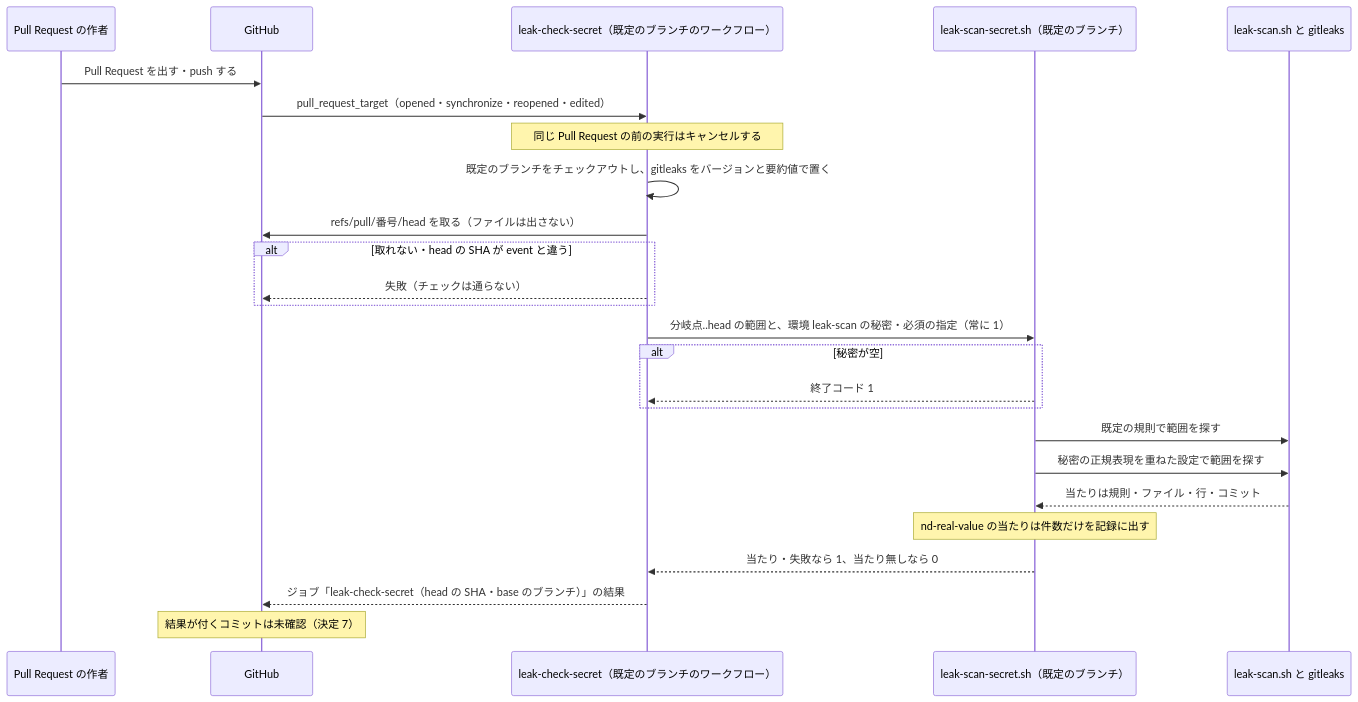
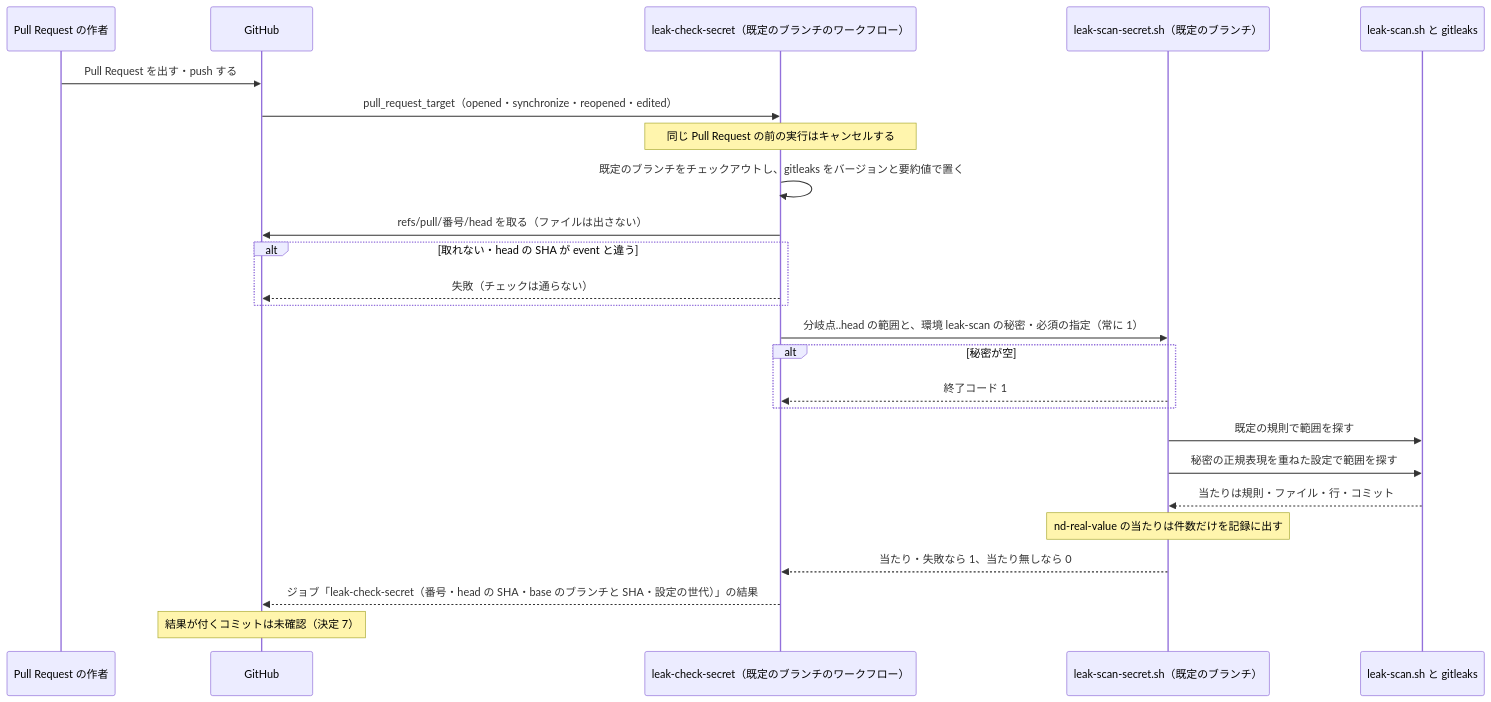
One commit to devbasex/nd-factory changed the fourth of 4 diagrams in issues/issue-96-101-design.md. Above: the diagram before and after it, drawn with Mermaid. The commit also changed other lines of this file, not shown here.

First line of the commit message:
設計: 結果を番号・head・探した分岐点・設定の世代に結び付け、マージの前後でマージ先を確かめる（#96 #101）

````diff
--- a/issues/issue-96-101-design.md
+++ b/issues/issue-96-101-design.md
@@ -135,27 +135,27 @@
 ```mermaid
 sequenceDiagram
     participant A as Pull Request の作者
     participant G as GitHub
     participant J as leak-check-secret（既定のブランチのワークフロー）
     participant S as leak-scan-secret.sh（既定のブランチ）
     participant L as leak-scan.sh と gitleaks
     A->>G: Pull Request を出す・push する
     G->>J: pull_request_target（opened・synchronize・reopened・edited）
     Note over J: 同じ Pull Request の前の実行はキャンセルする
     J->>J: 既定のブランチをチェックアウトし、gitleaks をバージョンと要約値で置く
     J->>G: refs/pull/番号/head を取る（ファイルは出さない）
     alt 取れない・head の SHA が event と違う
         J-->>G: 失敗（チェックは通らない）
     end
     J->>S: 分岐点..head の範囲と、環境 leak-scan の秘密・必須の指定（常に 1）
     alt 秘密が空
         S-->>J: 終了コード 1
     end
     S->>L: 既定の規則で範囲を探す
     S->>L: 秘密の正規表現を重ねた設定で範囲を探す
     L-->>S: 当たりは規則・ファイル・行・コミット
     Note over S: nd-real-value の当たりは件数だけを記録に出す
     S-->>J: 当たり・失敗なら 1、当たり無しなら 0
-    J-->>G: ジョブ「leak-check-secret（head の SHA・base のブランチ）」の結果
+    J-->>G: ジョブ「leak-check-secret（番号・head の SHA・base のブランチと SHA・設定の世代）」の結果
     Note over G: 結果が付くコミットは未確認（決定 7）
 ```
````
